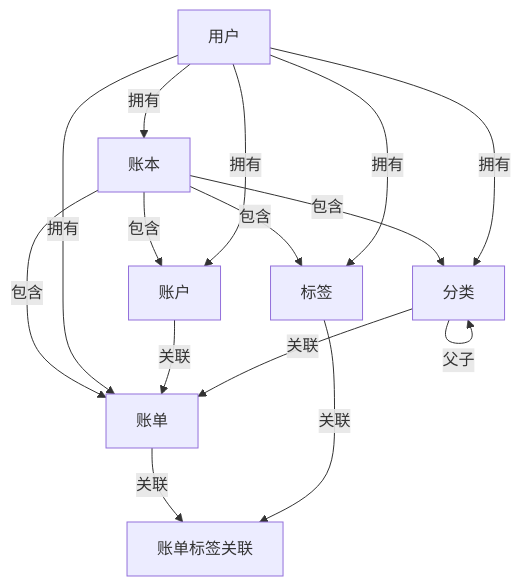
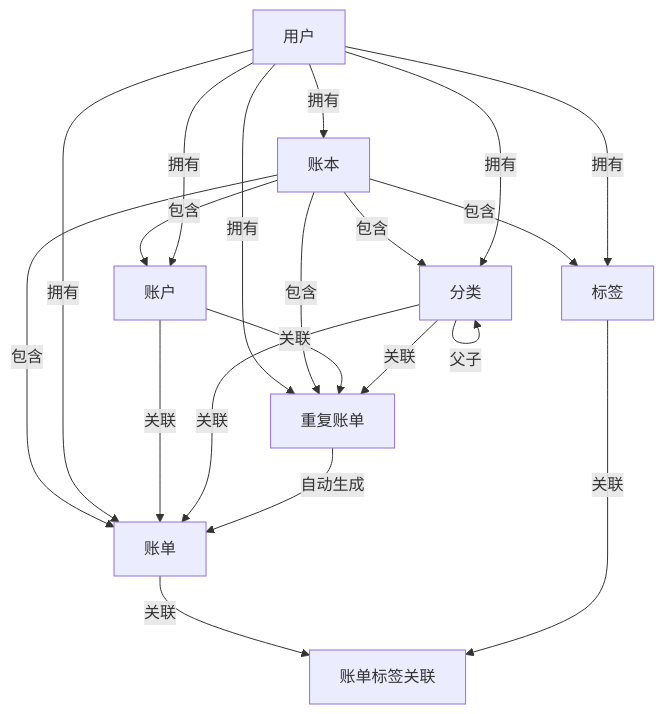
Before and after one commit to xietian-hash/doudouV2: the first of 2 diagrams in AI文档/PRD.md, drawn with Mermaid. The commit also changed other lines of this file and 23 other files, not shown here.

````diff
--- a/AI文档/PRD.md
+++ b/AI文档/PRD.md
@@ -49,17 +51,22 @@
 ```mermaid
 flowchart TD
     用户 -->|拥有| 账本
     账本 -->|包含| 账户
     账本 -->|包含| 分类
     账本 -->|包含| 账单
     账本 -->|包含| 标签
     用户 -->|拥有| 账户
     用户 -->|拥有| 分类
     用户 -->|拥有| 账单
     用户 -->|拥有| 标签
     分类 -->|父子| 分类
     账户 -->|关联| 账单
     分类 -->|关联| 账单
     账单 -->|关联| 账单标签关联
     标签 -->|关联| 账单标签关联
+    用户 -->|拥有| 重复账单
+    账本 -->|包含| 重复账单
+    账户 -->|关联| 重复账单
+    分类 -->|关联| 重复账单
+    重复账单 -->|自动生成| 账单
 ```
````
